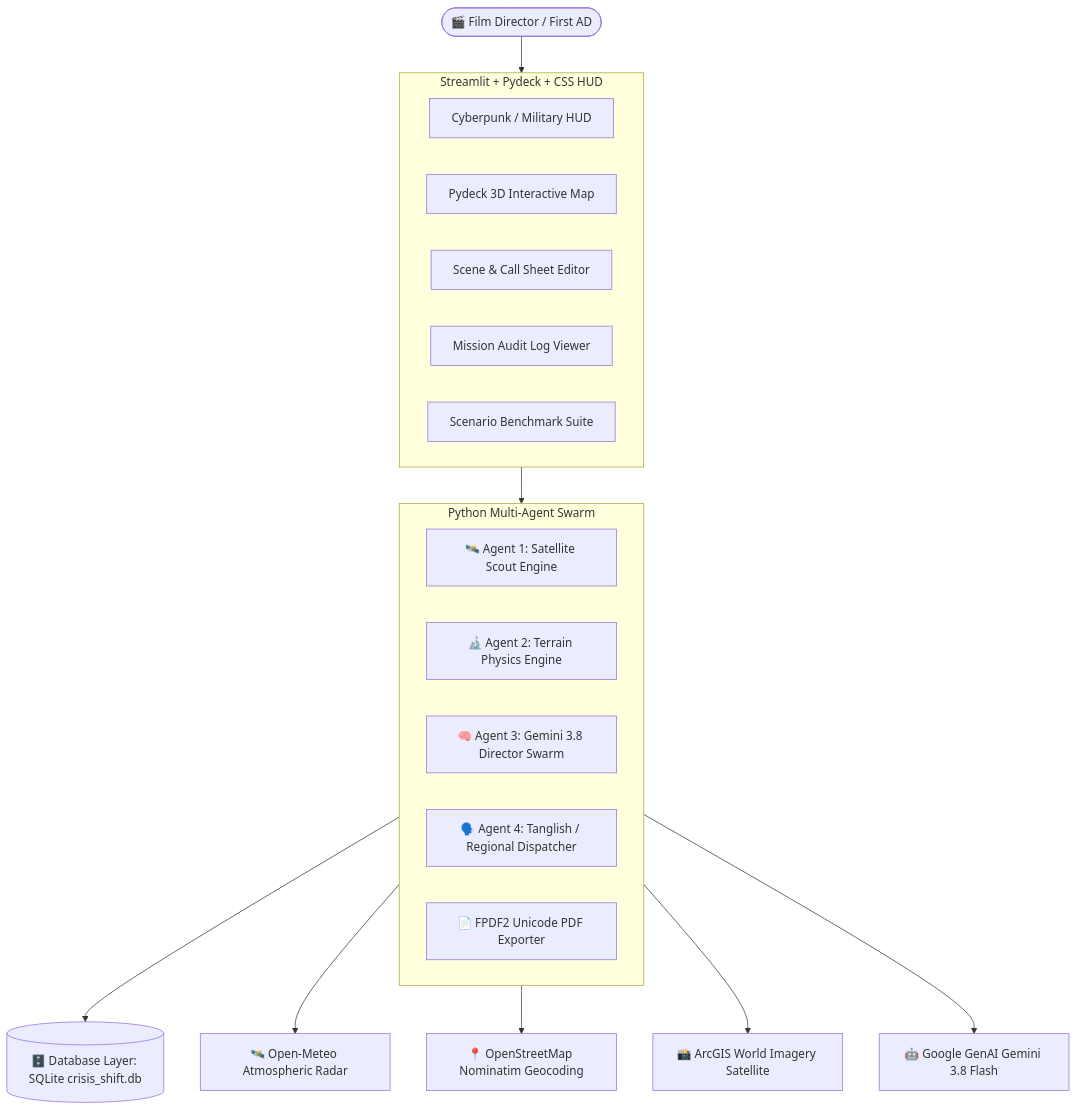
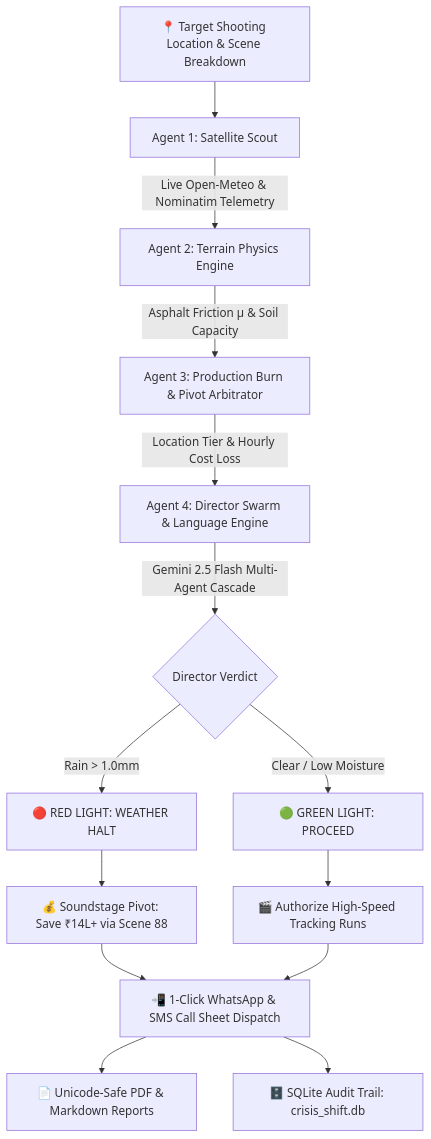
The diagram in README.md (prabakar09/crisis-shift-ai), drawn with Mermaid before and after one commit. The commit also changed other lines of this file and 9 other files, not shown here.

Commit message:
feat(crisis-shift): upgrade autonomous cinema OS with Gemini 2.5, burn engine, crew dispatch, and commercial license

````diff
--- a/README.md
+++ b/README.md
@@ -19,28 +42,16 @@
 ```mermaid
-graph TD
-    User([🎬 Film Director / First AD]) --> Frontend[🎨 Frontend HUD Layer]
-
-    subgraph Frontend [Streamlit + Pydeck + CSS HUD]
-        F1[Cyberpunk / Military HUD]
-        F2[Pydeck 3D Interactive Map]
-        F3[Scene & Call Sheet Editor]
-        F4[Mission Audit Log Viewer]
-        F5[Scenario Benchmark Suite]
-    end
-
-    Frontend --> Backend[⚙️ Backend Services Layer]
-
-    subgraph Backend [Python Multi-Agent Swarm]
-        B1[🛰️ Agent 1: Satellite Scout Engine]
-        B2[🔬 Agent 2: Terrain Physics Engine]
-        B3[🧠 Agent 3: Gemini 3.8 Director Swarm]
-        B4[🗣️ Agent 4: Tanglish / Regional Dispatcher]
-        B5[📄 FPDF2 Unicode PDF Exporter]
-    end
-
-    Backend --> Database[(🗄️ Database Layer: SQLite crisis_shift.db)]
-    Backend --> OpenMeteo[🛰️ Open-Meteo Atmospheric Radar]
-    Backend --> OSM[📍 OpenStreetMap Nominatim Geocoding]
-    Backend --> ArcGIS[📸 ArcGIS World Imagery Satellite]
-    Backend --> Gemini[🤖 Google GenAI Gemini 3.8 Flash]
+flowchart TD
+    A[📍 Target Shooting Location & Scene Breakdown] --> B[Agent 1: Satellite Scout]
+    B -->|Live Open-Meteo & Nominatim Telemetry| C[Agent 2: Terrain Physics Engine]
+    C -->|Asphalt Friction μ & Soil Capacity| D[Agent 3: Production Burn & Pivot Arbitrator]
+    D -->|Location Tier & Hourly Cost Loss| E[Agent 4: Director Swarm & Language Engine]
+    E -->|Gemini 2.5 Flash Multi-Agent Cascade| F{Director Verdict}
+    F -->|Rain > 1.0mm| G[🔴 RED LIGHT: WEATHER HALT]
+    F -->|Clear / Low Moisture| H[🟢 GREEN LIGHT: PROCEED]
+    G --> I[💰 Soundstage Pivot: Save ₹14L+ via Scene 88]
+    H --> J[🎬 Authorize High-Speed Tracking Runs]
+    I --> K[📲 1-Click WhatsApp & SMS Call Sheet Dispatch]
+    J --> K
+    K --> L[📄 Unicode-Safe PDF & Markdown Reports]
+    K --> M[🗄️ SQLite Audit Trail: crisis_shift.db]
 ```
````
